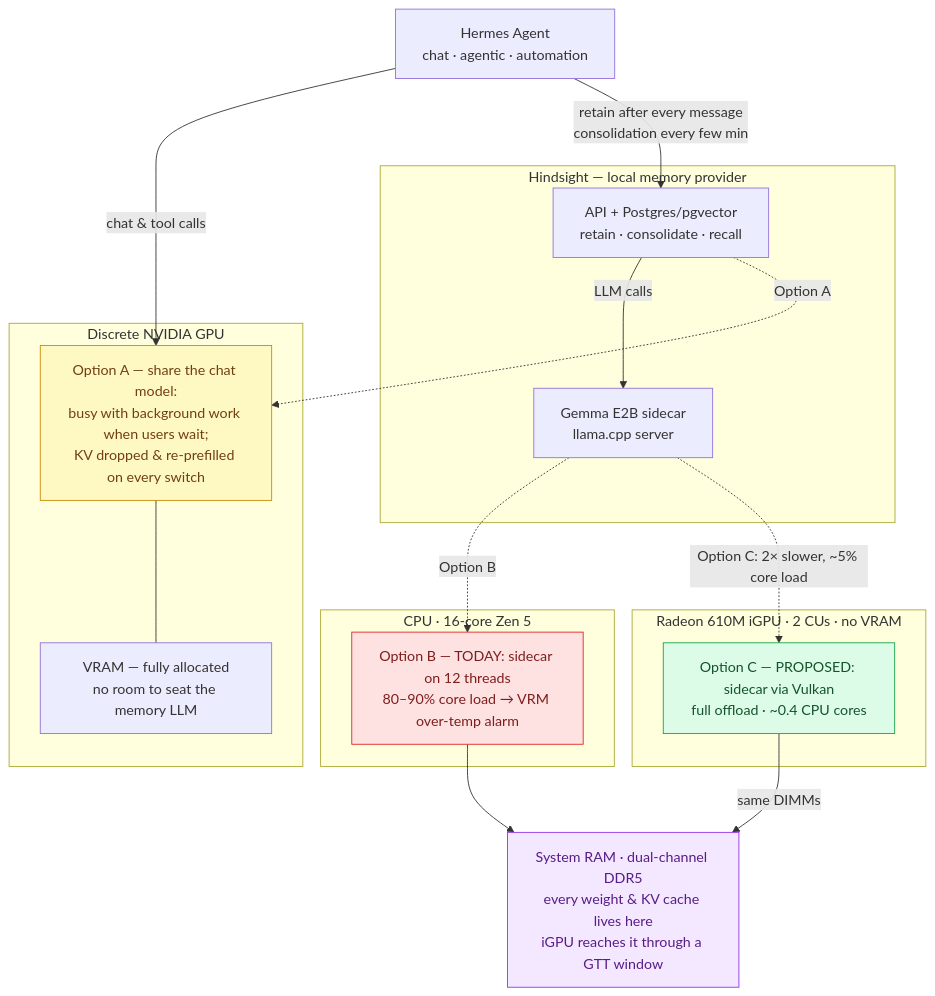
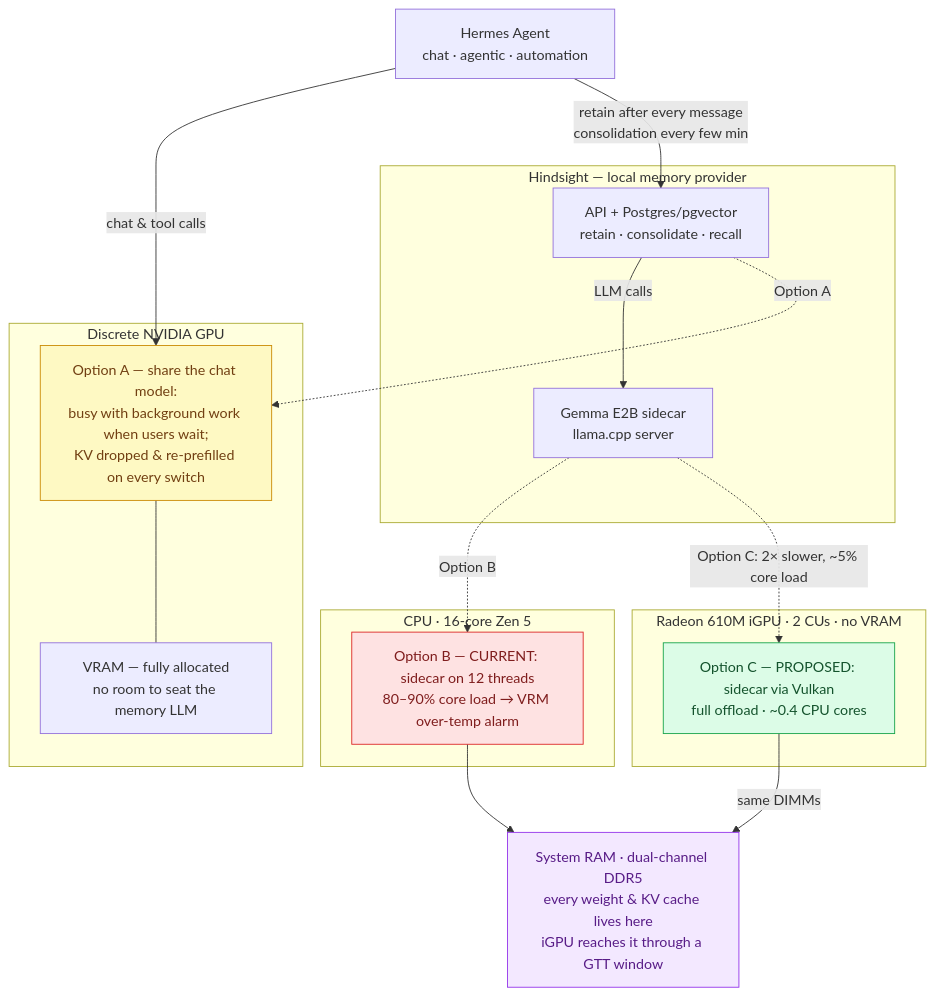
Before and after one commit to neo-anderson/radeon-610m-llm-bench: the diagram in README.md, drawn with Mermaid. The commit also changed other lines of this file, not shown here.

Commit message:
Wording: 'today's deployment' -> 'the current setup' (and diagram label)

````diff
--- a/README.md
+++ b/README.md
@@ -36,39 +36,39 @@
 ```mermaid
 flowchart TB
     Hermes["Hermes Agent<br/>chat · agentic · automation"]
 
     subgraph dGPU["Discrete NVIDIA GPU"]
         CHAT["Option A — share the chat model:<br/>busy with background work when users wait;<br/>KV dropped & re-prefilled on every switch"]
         VRAM["VRAM — fully allocated<br/>no room to seat the memory LLM"]
         CHAT --- VRAM
     end
 
     subgraph MEM["Hindsight — local memory provider"]
         API["API + Postgres/pgvector<br/>retain · consolidate · recall"]
         SIDECAR["Gemma E2B sidecar<br/>llama.cpp server"]
         API -->|"LLM calls"| SIDECAR
     end
 
     subgraph CPU["CPU · 16-core Zen 5"]
-        CORES["Option B — TODAY: sidecar on 12 threads<br/>80–90% core load → VRM over-temp alarm"]
+        CORES["Option B — CURRENT: sidecar on 12 threads<br/>80–90% core load → VRM over-temp alarm"]
     end
 
     subgraph IGPU["Radeon 610M iGPU · 2 CUs · no VRAM"]
         TARGET["Option C — PROPOSED: sidecar via Vulkan<br/>full offload · ~0.4 CPU cores"]
     end
 
     RAM["System RAM · dual-channel DDR5<br/>every weight & KV cache lives here<br/>iGPU reaches it through a GTT window"]
 
     Hermes -->|"chat & tool calls"| CHAT
     Hermes -->|"retain after every message<br/>consolidation every few min"| API
     SIDECAR -.->|"Option B"| CORES
     SIDECAR -.->|"Option C: 2× slower, ~5% core load"| TARGET
     API -.->|"Option A"| CHAT
     CORES --> RAM
     TARGET -->|"same DIMMs"| RAM
 
     style CORES fill:#fee2e2,stroke:#dc2626,color:#7f1d1d
     style TARGET fill:#dcfce7,stroke:#16a34a,color:#14532d
     style CHAT fill:#fef9c3,stroke:#ca8a04,color:#713f12
     style RAM fill:#f3e8ff,stroke:#9333ea,color:#581c87
 ```
````
